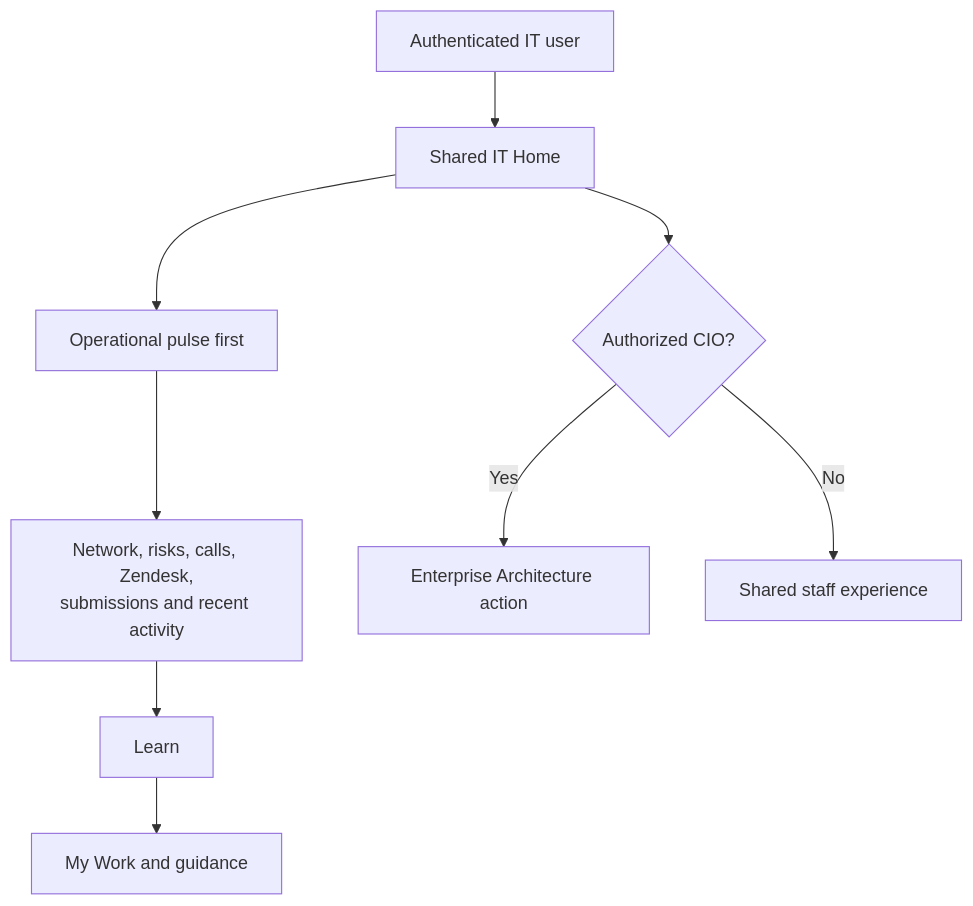
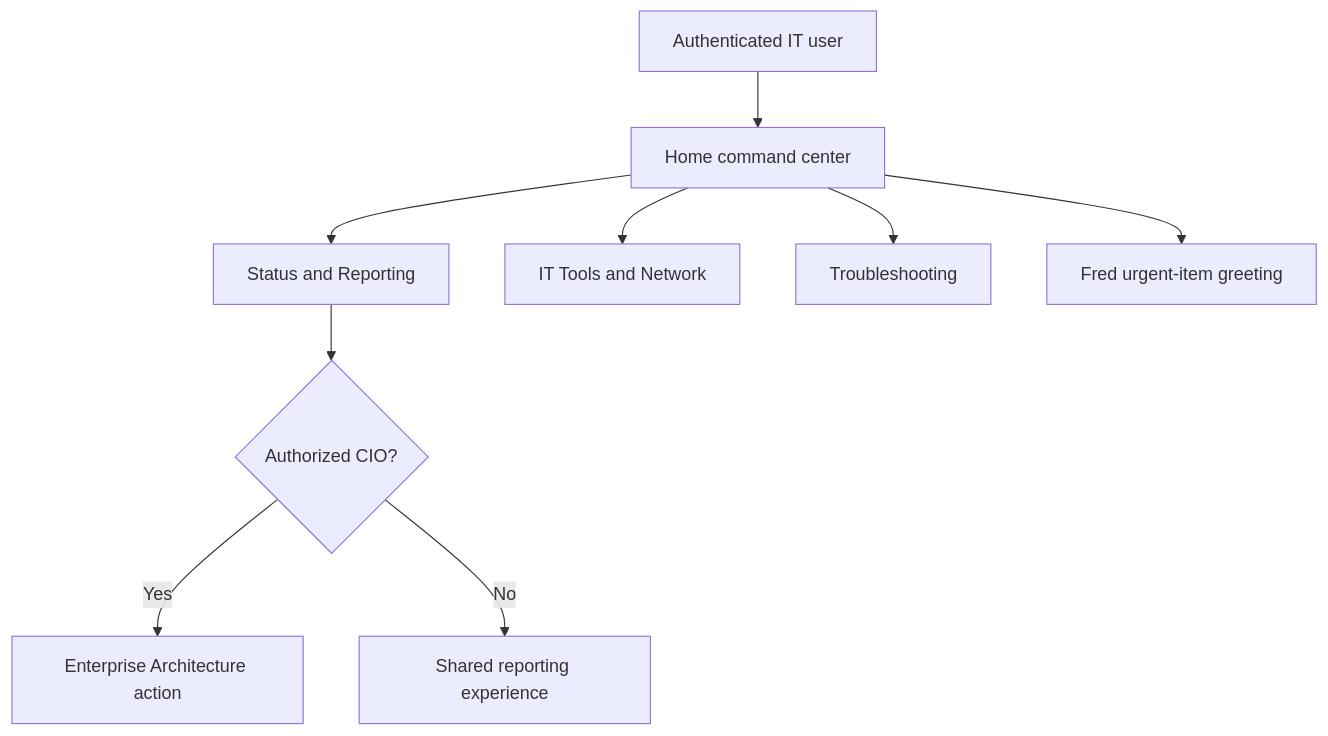
Before and after one commit to OlderschCoder/Network-Insight-Hub: the diagram in docs/shared-it-home.md, drawn with Mermaid. The commit also changed other lines of this file and 21 other files, not shown here.

````diff
--- a/docs/shared-it-home.md
+++ b/docs/shared-it-home.md
@@ -6,11 +7,11 @@
 ```mermaid
 flowchart TD
-    U[Authenticated IT user] --> H[Shared IT Home]
-    H --> O[Operational pulse first]
-    O --> Z[Network, risks, calls, Zendesk,<br/>submissions and recent activity]
-    Z --> L[Learn]
-    L --> M[My Work and guidance]
-    H --> R{Authorized CIO?}
+    U[Authenticated IT user] --> H[Home command center]
+    H --> S[Status and Reporting]
+    H --> N[IT Tools and Network]
+    H --> T[Troubleshooting]
+    H --> F[Fred urgent-item greeting]
+    S --> R{Authorized CIO?}
     R -->|Yes| E[Enterprise Architecture action]
-    R -->|No| S[Shared staff experience]
+    R -->|No| W[Shared reporting experience]
 ```
````
